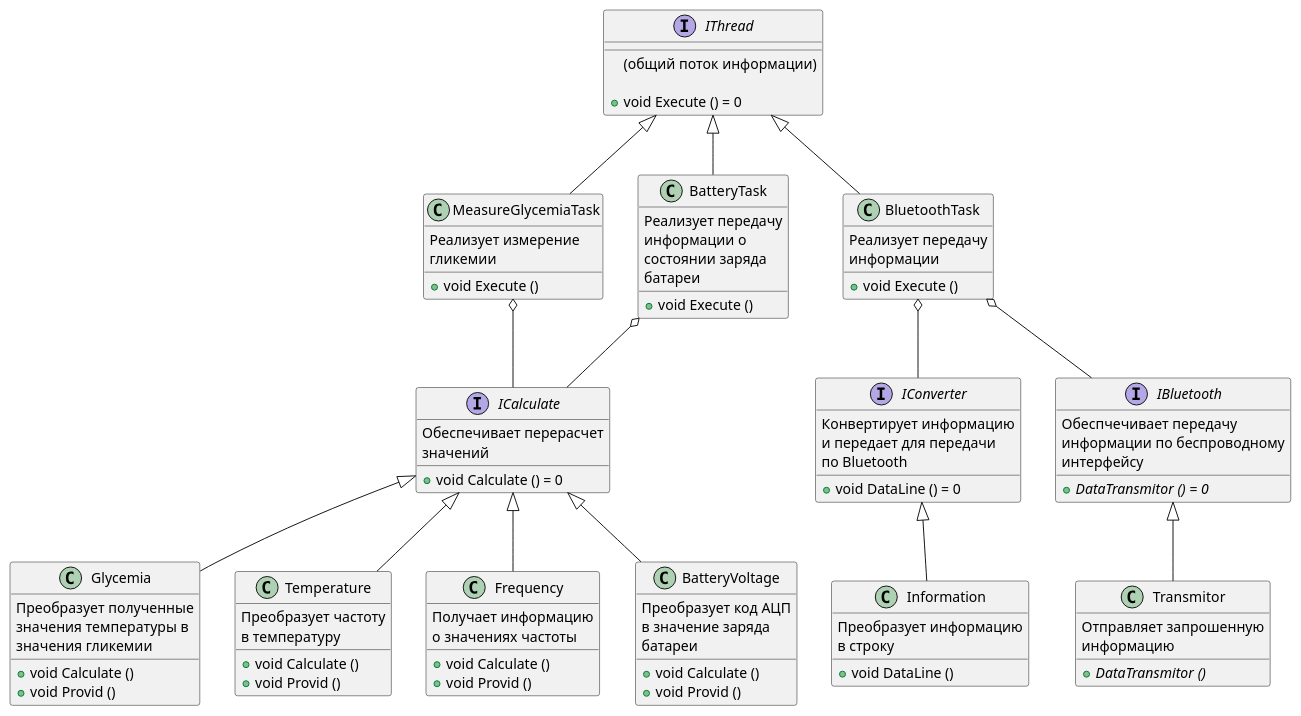
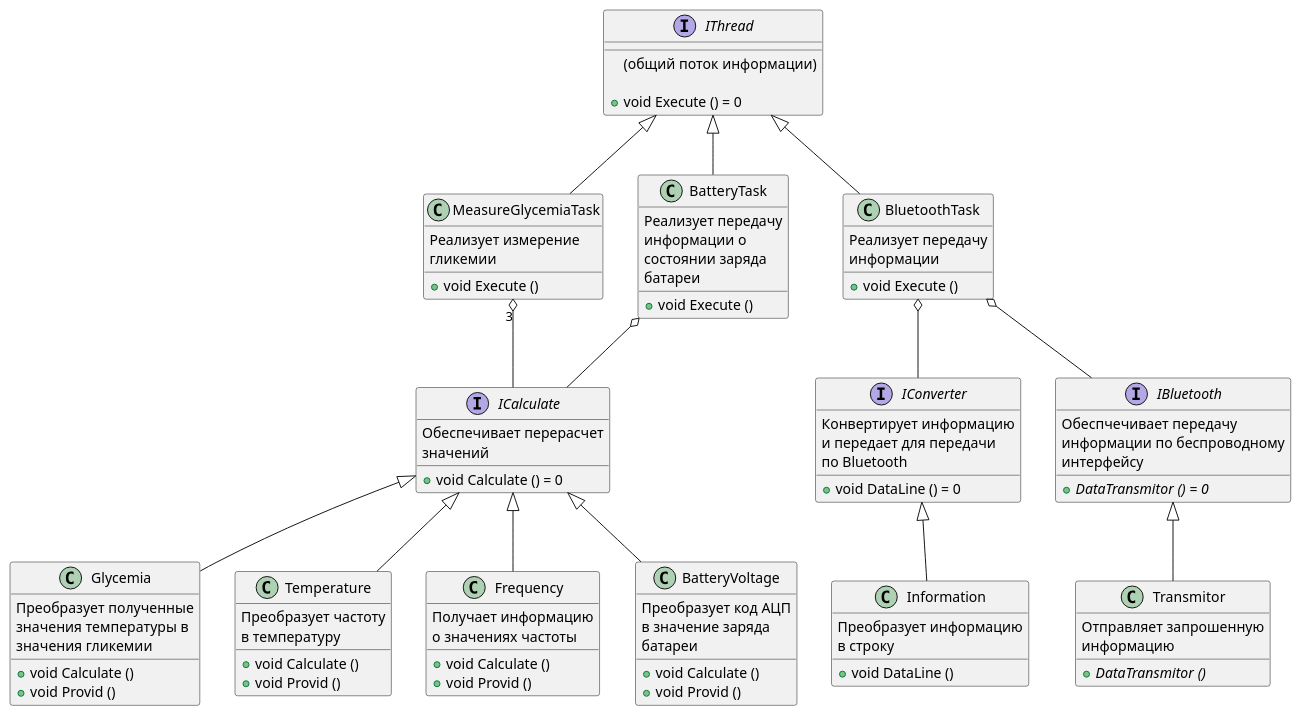
The diagram in DOC/UMLMain.puml (Luda-Seliv-KE-413/Kursovoy), drawn with PlantUML before and after one commit. The commit also changed 1 other file, not shown here.

```diff
--- a/DOC/UMLMain.puml
+++ b/DOC/UMLMain.puml
@@ -1,129 +1,130 @@
 @startuml main
 
 interface IThread
 {
 (общий поток информации)
 
 + void Execute () = 0
 }
 class MeasureGlycemiaTask
 {
 Реализует измерение
 гликемии
 
 + void Execute ()
 }
 class Glycemia
 {
 Преобразует полученные
 значения температуры в
 значения гликемии
 
 + void Calculate ()
 + void Provid ()
 }
 
 class Temperature
 {
 Преобразует частоту
 в температуру
 
 + void Calculate ()
 + void Provid ()
 }
 
 class Frequency
 {
 Получает информацию
 о значениях частоты
 
 + void Calculate ()
 + void Provid ()
 }
 
 class BatteryTask
 {
 Реализует передачу
 информации о
 состоянии заряда
 батареи
 
 + void Execute ()
 }
 
 class BatteryVoltage
 {
 Преобразует код АЦП
 в значение заряда
 батареи
 
 + void Calculate ()
 + void Provid ()
 }
 
 class BluetoothTask
 {
 Реализует передачу
 информации
 
 + void Execute ()
 }
 
 class Transmitor
 {
 Отправляет запрошенную
 информацию
 
 + {abstract} DataTransmitor ()
 }
 interface ICalculate
 {
 Обеспечивает перерасчет
 значений
 
 + void Calculate () = 0
 }
 
 class Information
 {
 Преобразует информацию
 в строку
 
 + void DataLine ()
 }
 interface IBluetooth
 {
 Обеспчечивает передачу
 информации по беспроводному
 интерфейсу
 
 + {abstract} DataTransmitor () = 0
 }
 
 interface IConverter
 {
 Конвертирует информацию
 и передает для передачи
 по Bluetooth
 
 + void DataLine () = 0
 }
 
 BluetoothTask -up-|> IThread
 MeasureGlycemiaTask -up-|> IThread
 BatteryTask -up-|> IThread
 
 BluetoothTask o-- IBluetooth
 BluetoothTask o-- IConverter
 Transmitor -up-|> IBluetooth
 
 BatteryTask o-down- ICalculate
-MeasureGlycemiaTask o-down- ICalculate
+
+MeasureGlycemiaTask "3" o-down- ICalculate
 Glycemia -up-|> ICalculate
 Temperature -up-|> ICalculate
 Frequency -up-|> ICalculate
 BatteryVoltage -up-|> ICalculate
 
 Information -up-|> IConverter
 
 @enduml
```
